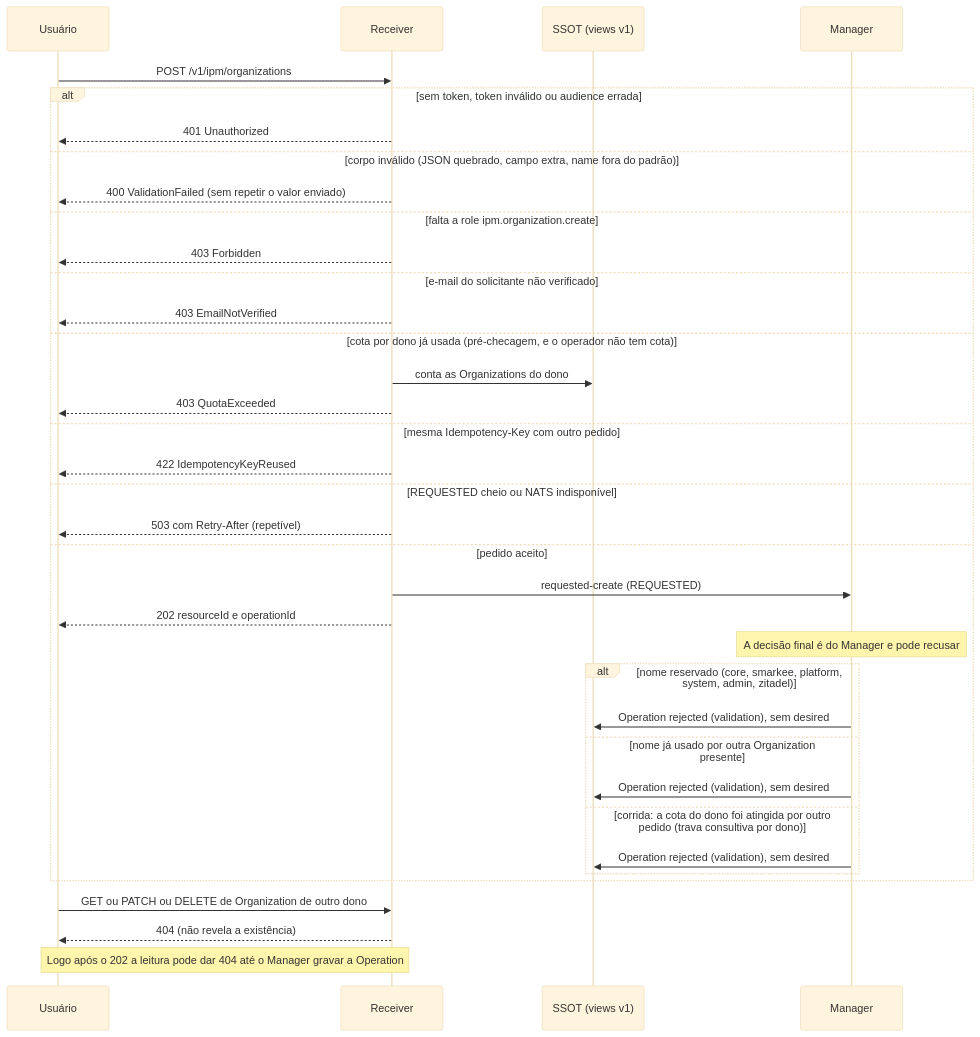
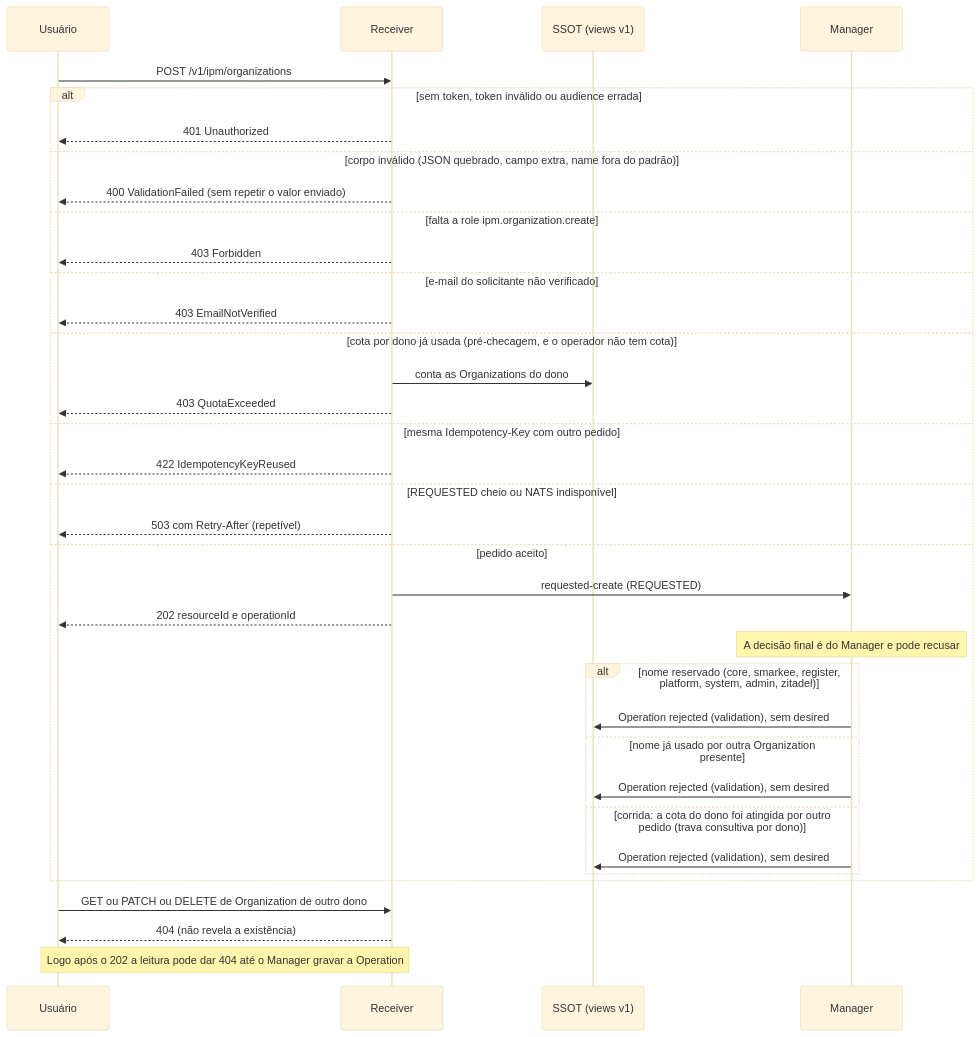
Before and after one commit to danielsabatini/smarkee: the diagram in features/ipm/organization/docs/flow/02-validacao-e-borda.mmd, drawn with Mermaid (base theme). The commit also changed 13 other files, not shown here.

```diff
--- a/features/ipm/organization/docs/flow/02-validacao-e-borda.mmd
+++ b/features/ipm/organization/docs/flow/02-validacao-e-borda.mmd
@@ -1,36 +1,36 @@
 sequenceDiagram
   participant U as Usuário
   participant R as Receiver
   participant DB as SSOT (views v1)
   participant M as Manager
   U->>R: POST /v1/ipm/organizations
   alt sem token, token inválido ou audience errada
     R-->>U: 401 Unauthorized
   else corpo inválido (JSON quebrado, campo extra, name fora do padrão)
     R-->>U: 400 ValidationFailed (sem repetir o valor enviado)
   else falta a role ipm.organization.create
     R-->>U: 403 Forbidden
   else e-mail do solicitante não verificado
     R-->>U: 403 EmailNotVerified
   else cota por dono já usada (pré-checagem, e o operador não tem cota)
     R->>DB: conta as Organizations do dono
     R-->>U: 403 QuotaExceeded
   else mesma Idempotency-Key com outro pedido
     R-->>U: 422 IdempotencyKeyReused
   else REQUESTED cheio ou NATS indisponível
     R-->>U: 503 com Retry-After (repetível)
   else pedido aceito
     R->>M: requested-create (REQUESTED)
     R-->>U: 202 resourceId e operationId
     Note over M: A decisão final é do Manager e pode recusar
-    alt nome reservado (core, smarkee, platform, system, admin, zitadel)
+    alt nome reservado (core, smarkee, register, platform, system, admin, zitadel)
       M->>DB: Operation rejected (validation), sem desired
     else nome já usado por outra Organization presente
       M->>DB: Operation rejected (validation), sem desired
     else corrida: a cota do dono foi atingida por outro pedido (trava consultiva por dono)
       M->>DB: Operation rejected (validation), sem desired
     end
   end
   U->>R: GET ou PATCH ou DELETE de Organization de outro dono
   R-->>U: 404 (não revela a existência)
   Note over U,R: Logo após o 202 a leitura pode dar 404 até o Manager gravar a Operation
```
